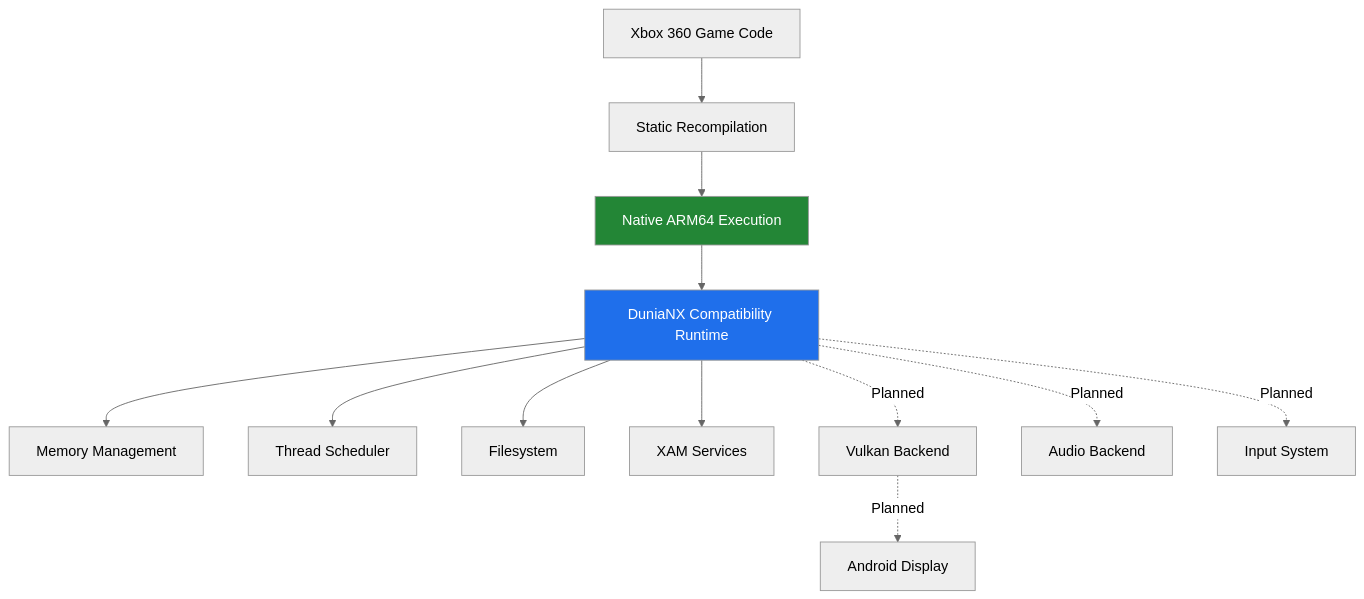
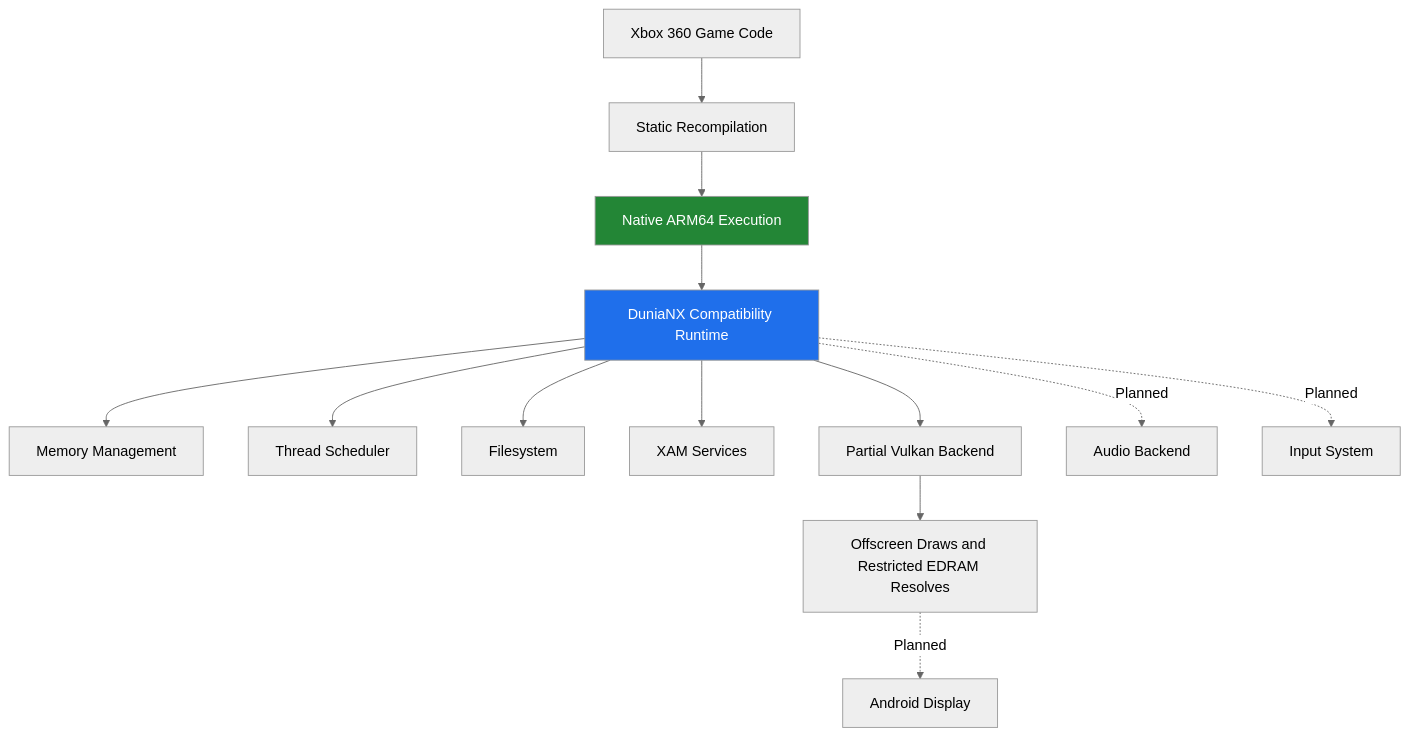
Before and after one commit to mexicanbr0auth/DuniaNX: the diagram in README.md, drawn with Mermaid (neutral theme). The commit also changed other lines of this file and 1 other file, not shown here.

Commit message:
Document Android preview v0.6 and Vulkan startup milestones

````diff
--- a/README.md
+++ b/README.md
@@ -157,20 +163,21 @@
 ```mermaid
 flowchart TD
     A[Xbox 360 Game Code] --> B[Static Recompilation]
     B --> C[Native ARM64 Execution]
     C --> D[DuniaNX Compatibility Runtime]
 
     D --> E[Memory Management]
     D --> F[Thread Scheduler]
     D --> G[Filesystem]
     D --> H[XAM Services]
 
-    D -. Planned .-> I[Vulkan Backend]
+    D --> I[Partial Vulkan Backend]
     D -. Planned .-> J[Audio Backend]
     D -. Planned .-> K[Input System]
 
-    I -. Planned .-> L[Android Display]
+    I --> M[Offscreen Draws and Restricted EDRAM Resolves]
+    M -. Planned .-> L[Android Display]
 
     style C fill:#238636,color:#ffffff
     style D fill:#1f6feb,color:#ffffff
 ```
````
